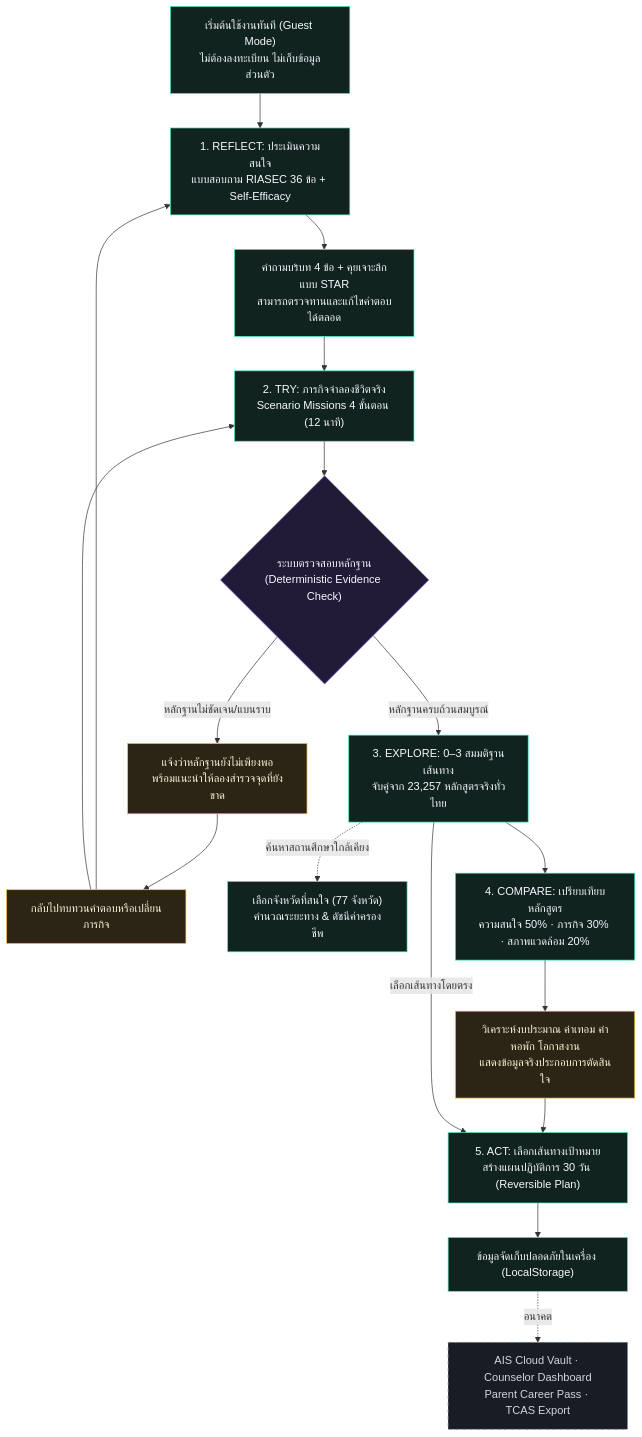
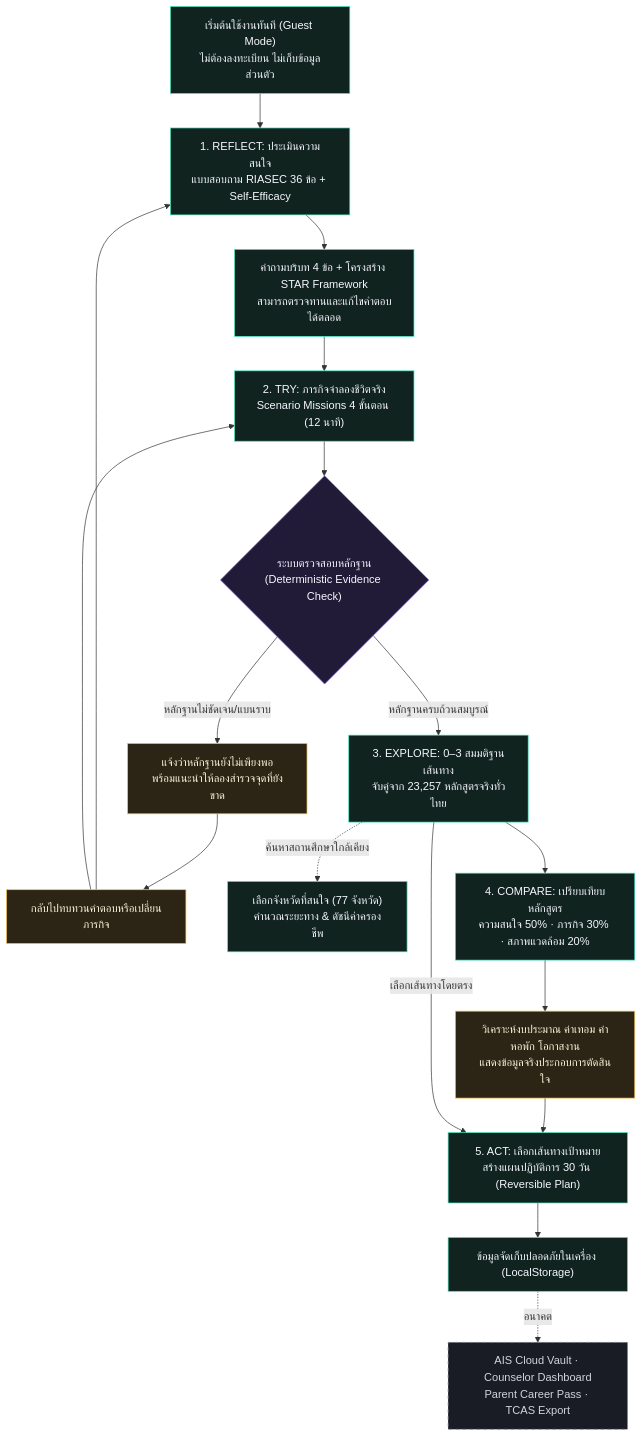
One commit to Pongkarm/Future_Me changed the second of 2 diagrams in README.md. Above: the diagram before and after it, drawn with Mermaid. The commit also changed other lines of this file and 1 other file, not shown here.

Commit message:
docs: strictly align readiness matrix and workflow diagrams with honest technical status (AI in research & validation phase)

````diff
--- a/README.md
+++ b/README.md
@@ -110,28 +110,28 @@
 ```mermaid
 flowchart TD
     A["เริ่มต้นใช้งานทันที (Guest Mode)<br/>ไม่ต้องลงทะเบียน ไม่เก็บข้อมูลส่วนตัว"] --> B["1. REFLECT: ประเมินความสนใจ<br/>แบบสอบถาม RIASEC 36 ข้อ + Self-Efficacy"]
-    B --> C["คำถามบริบท 4 ข้อ + คุยเจาะลึกแบบ STAR<br/>สามารถตรวจทานและแก้ไขคำตอบได้ตลอด"]
+    B --> C["คำถามบริบท 4 ข้อ + โครงสร้าง STAR Framework<br/>สามารถตรวจทานและแก้ไขคำตอบได้ตลอด"]
     C --> D["2. TRY: ภารกิจจำลองชีวิตจริง<br/>Scenario Missions 4 ขั้นตอน (12 นาที)"]
     D --> E{"ระบบตรวจสอบหลักฐาน<br/>(Deterministic Evidence Check)"}
     E -->|"หลักฐานไม่ชัดเจน/แบนราบ"| F["แจ้งว่าหลักฐานยังไม่เพียงพอ<br/>พร้อมแนะนำให้ลองสำรวจจุดที่ยังขาด"]
     F --> G["กลับไปทบทวนคำตอบหรือเปลี่ยนภารกิจ"]
     G --> B
     G --> D
     E -->|"หลักฐานครบถ้วนสมบูรณ์"| H["3. EXPLORE: 0–3 สมมติฐานเส้นทาง<br/>จับคู่จาก 23,257 หลักสูตรจริงทั่วไทย"]
     H -. "ค้นหาสถานศึกษาใกล้เคียง" .-> N["เลือกจังหวัดที่สนใจ (77 จังหวัด)<br/>คำนวณระยะทาง & ดัชนีค่าครองชีพ"]
     H --> I["4. COMPARE: เปรียบเทียบหลักสูตร<br/>ความสนใจ 50% · ภารกิจ 30% · สภาพแวดล้อม 20%"]
     I --> J["วิเคราะห์งบประมาณ ค่าเทอม ค่าหอพัก โอกาสงาน<br/>แสดงข้อมูลจริงประกอบการตัดสินใจ"]
     J --> K["5. ACT: เลือกเส้นทางเป้าหมาย<br/>สร้างแผนปฏิบัติการ 30 วัน (Reversible Plan)"]
     H -->|"เลือกเส้นทางโดยตรง"| K
     K --> L["ข้อมูลจัดเก็บปลอดภัยในเครื่อง (LocalStorage)"]
     L -. "อนาคต" .-> P["AIS Cloud Vault · Counselor Dashboard<br/>Parent Career Pass · TCAS Export"]
 
     classDef live fill:#10231f,stroke:#43e6bd,color:#f7f7ff;
     classDef gate fill:#211b38,stroke:#8b6cff,color:#f7f7ff;
     classDef caution fill:#2c2414,stroke:#f5c451,color:#fff7dc;
     classDef planned fill:#191c24,stroke:#808898,color:#d0d4de,stroke-dasharray:5 5;
     class A,B,C,D,H,N,I,K,L live;
     class E gate;
     class F,G,J caution;
     class P planned;
 ```
````
